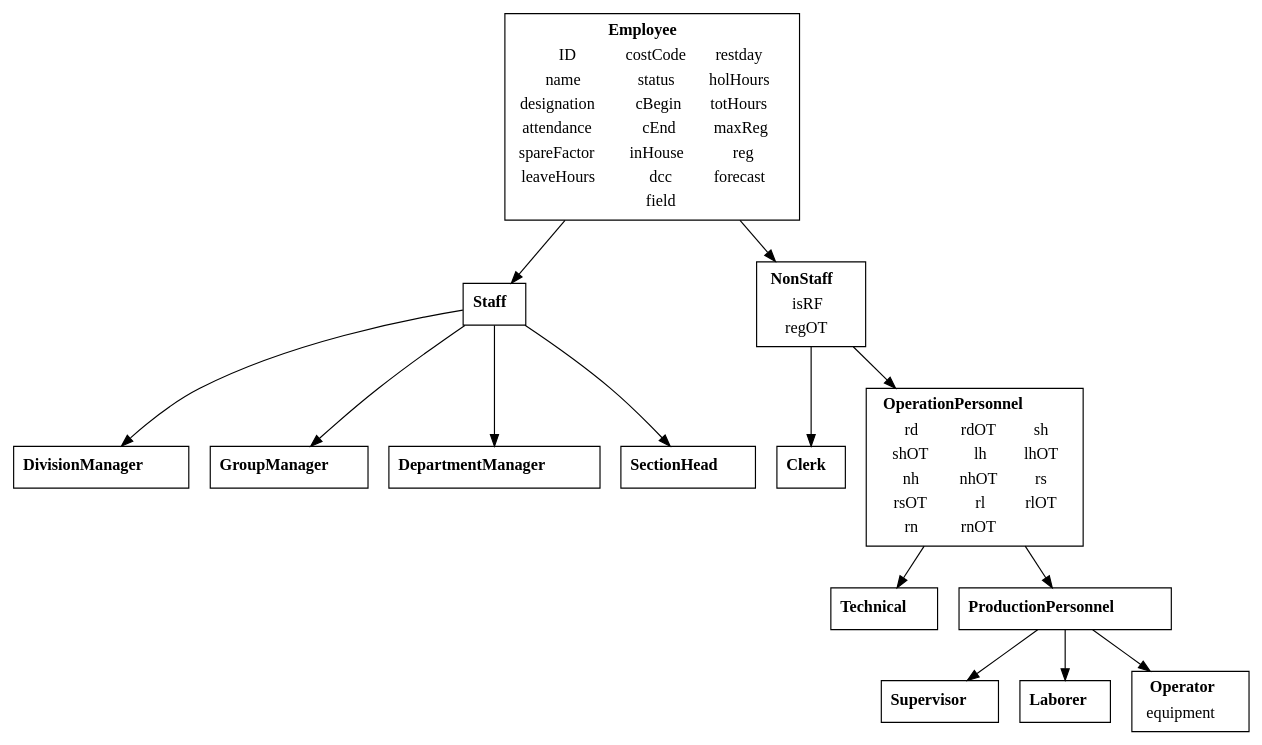
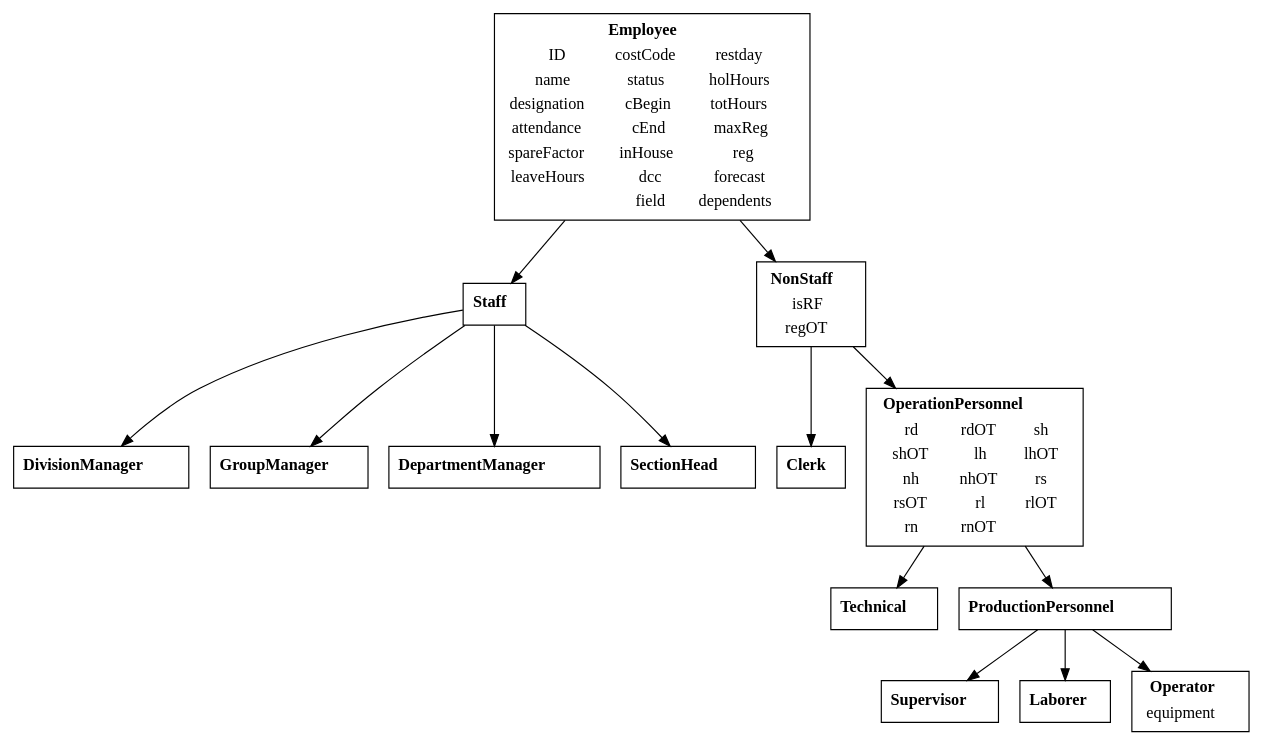
Before and after one commit to basilrabi/mansched: the diagram in vignettes/class.Rmd, drawn with Graphviz. The commit also changed 8 other files, not shown here.

```diff
--- a/vignettes/class.Rmd
+++ b/vignettes/class.Rmd
@@ -54,7 +54,7 @@
   <TR>
     <TD></TD>
     <TD>field</TD>
-    <TD></TD>
+    <TD>dependents</TD>
   </TR>
 </TABLE>>]
 
```
